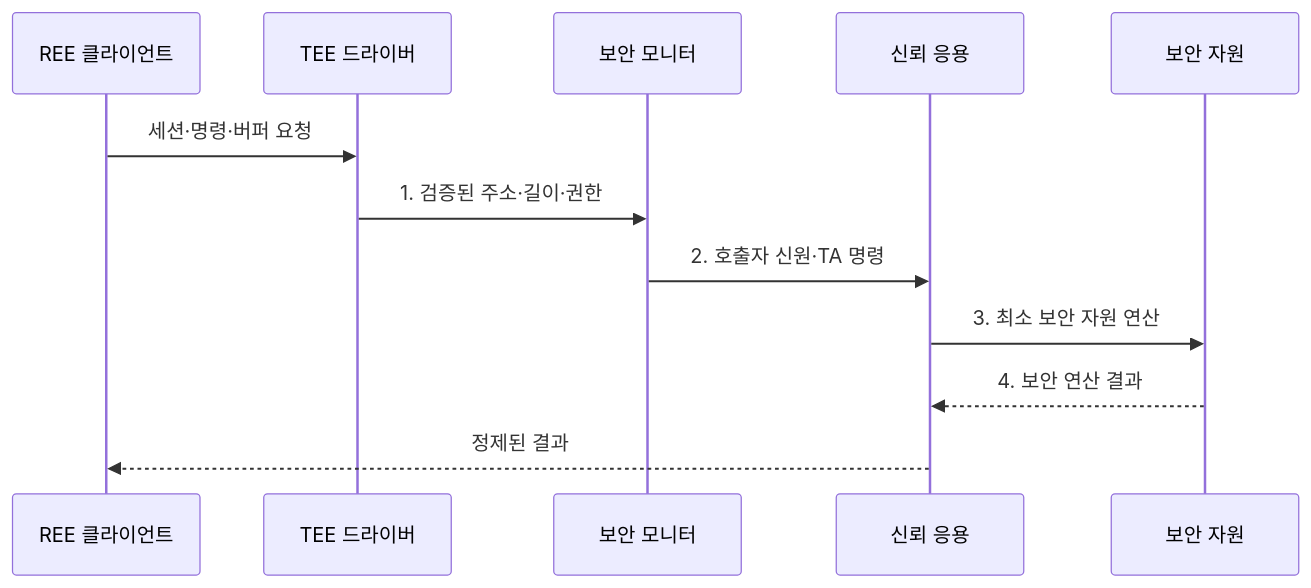
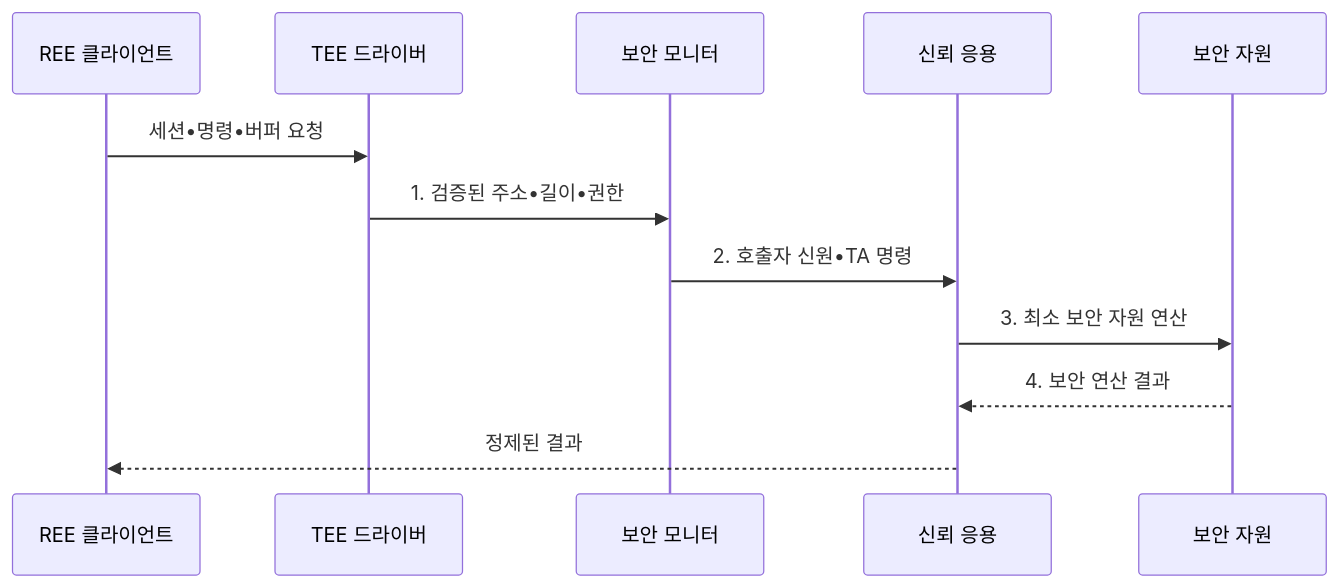
Before and after one commit to agnusdei1207/knowledge-base: the second of 2 diagrams in src/content/docs/notes/05-security/128_arm_trustzone.md, drawn with Mermaid. The commit also changed other lines of this file and 953 other files, not shown here.

````diff
--- a/src/content/docs/notes/05-security/128_arm_trustzone.md
+++ b/src/content/docs/notes/05-security/128_arm_trustzone.md
@@ -100,14 +100,14 @@
 ```mermaid
 sequenceDiagram
   participant C as REE 클라이언트
   participant D as TEE 드라이버
   participant M as 보안 모니터
   participant T as 신뢰 응용
   participant H as 보안 자원
-  C->>D: 세션·명령·버퍼 요청
-  D->>M: 1. 검증된 주소·길이·권한
-  M->>T: 2. 호출자 신원·TA 명령
+  C->>D: 세션•명령•버퍼 요청
+  D->>M: 1. 검증된 주소•길이•권한
+  M->>T: 2. 호출자 신원•TA 명령
   T->>H: 3. 최소 보안 자원 연산
   H-->>T: 4. 보안 연산 결과
   T-->>C: 정제된 결과
 ```
````
